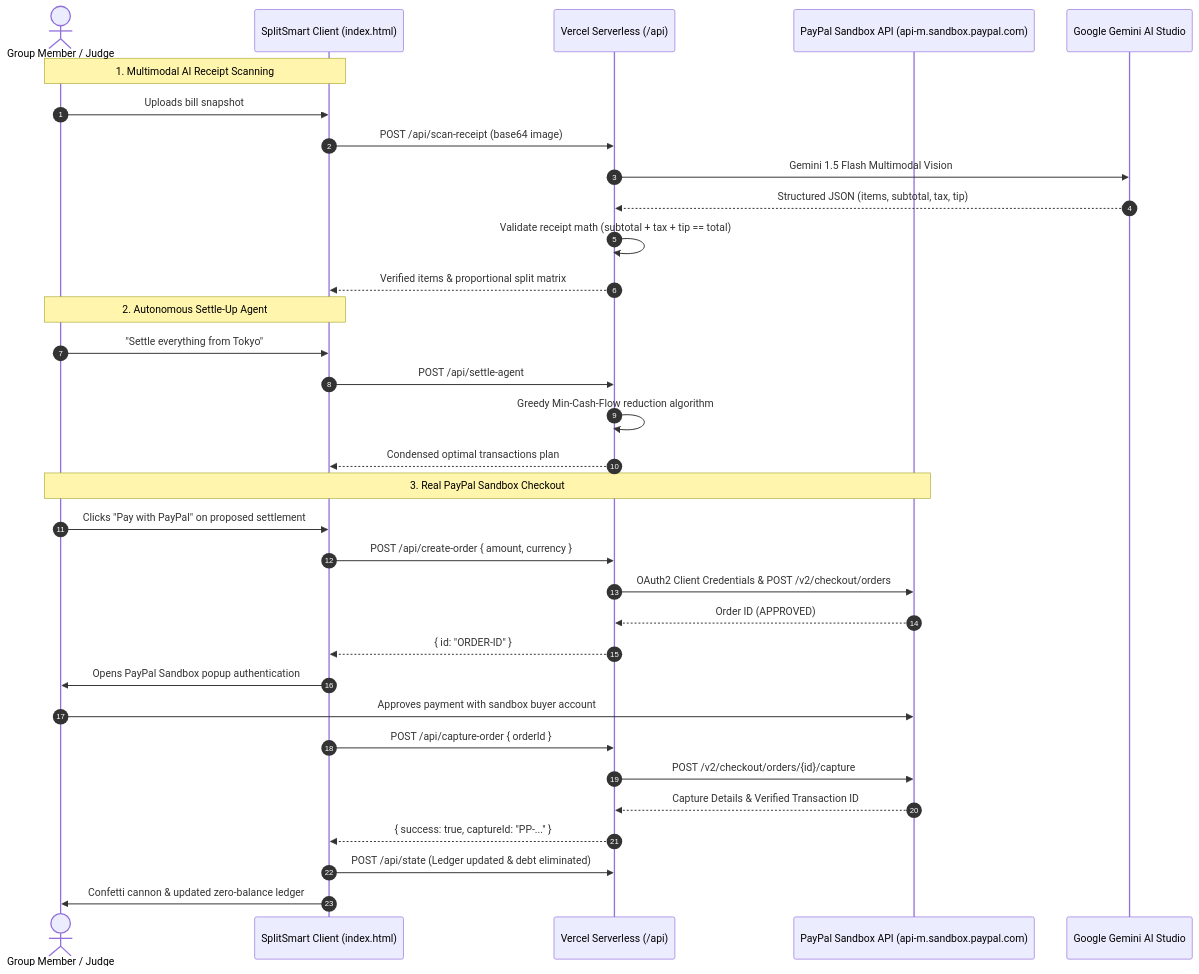
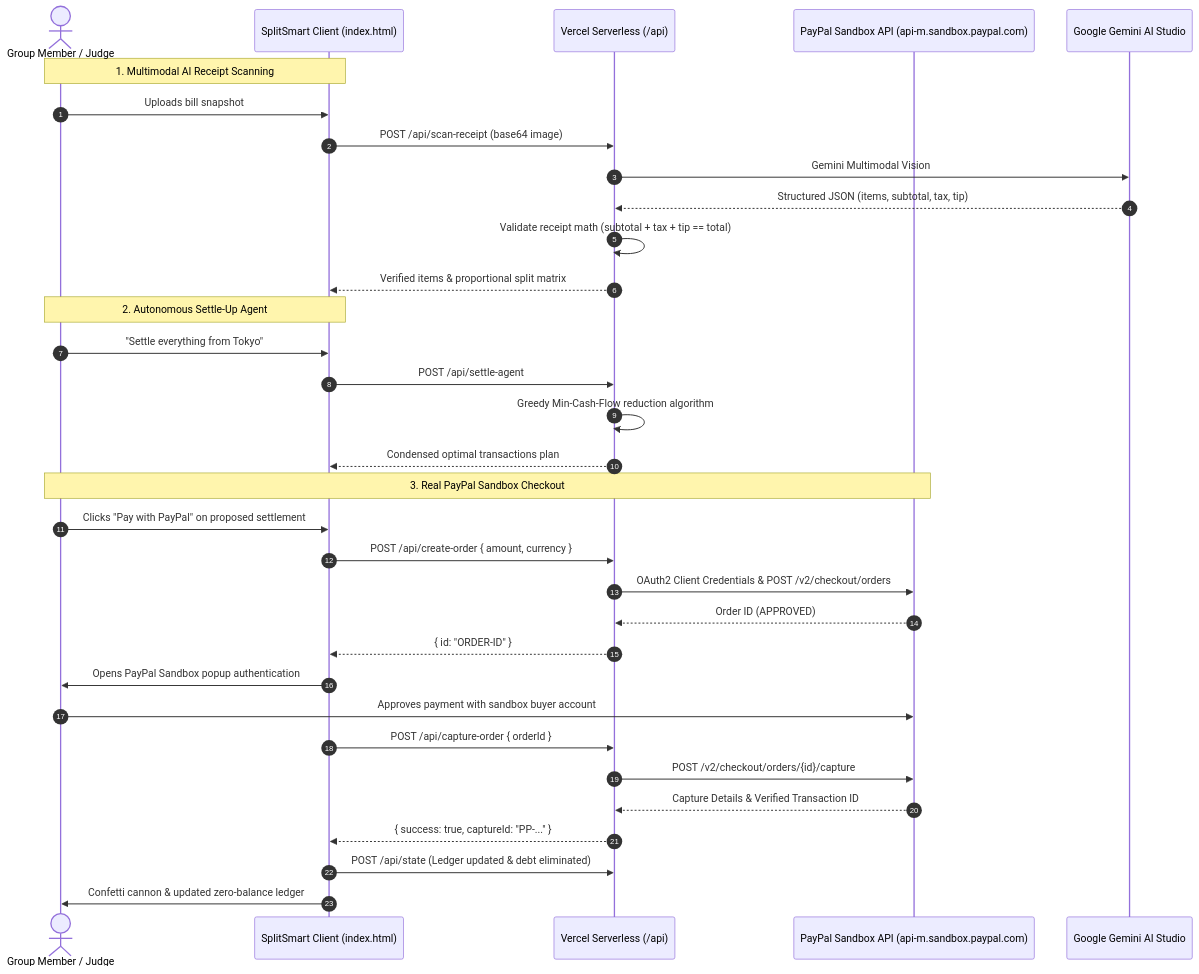
The diagram in README.md (pavitra-kakadiya-CG/splitsmart), drawn with Mermaid before and after one commit. The commit also changed other lines of this file and 5 other files, not shown here.

````diff
--- a/README.md
+++ b/README.md
@@ -27,38 +27,38 @@
 ```mermaid
 sequenceDiagram
     autonumber
     actor User as Group Member / Judge
     participant UI as SplitSmart Client (index.html)
     participant Server as Vercel Serverless (/api)
     participant PayPal as PayPal Sandbox API (api-m.sandbox.paypal.com)
     participant Gemini as Google Gemini AI Studio
 
     Note over User,UI: 1. Multimodal AI Receipt Scanning
     User->>UI: Uploads bill snapshot
     UI->>Server: POST /api/scan-receipt (base64 image)
-    Server->>Gemini: Gemini 1.5 Flash Multimodal Vision
+    Server->>Gemini: Gemini Multimodal Vision
     Gemini-->>Server: Structured JSON (items, subtotal, tax, tip)
     Server->>Server: Validate receipt math (subtotal + tax + tip == total)
     Server-->>UI: Verified items & proportional split matrix
 
     Note over User,UI: 2. Autonomous Settle-Up Agent
     User->>UI: "Settle everything from Tokyo"
     UI->>Server: POST /api/settle-agent
     Server->>Server: Greedy Min-Cash-Flow reduction algorithm
     Server-->>UI: Condensed optimal transactions plan
 
     Note over User,PayPal: 3. Real PayPal Sandbox Checkout
     User->>UI: Clicks "Pay with PayPal" on proposed settlement
     UI->>Server: POST /api/create-order { amount, currency }
     Server->>PayPal: OAuth2 Client Credentials & POST /v2/checkout/orders
     PayPal-->>Server: Order ID (APPROVED)
     Server-->>UI: { id: "ORDER-ID" }
     UI->>User: Opens PayPal Sandbox popup authentication
     User->>PayPal: Approves payment with sandbox buyer account
     UI->>Server: POST /api/capture-order { orderId }
     Server->>PayPal: POST /v2/checkout/orders/{id}/capture
     PayPal-->>Server: Capture Details & Verified Transaction ID
     Server-->>UI: { success: true, captureId: "PP-..." }
     UI->>Server: POST /api/state (Ledger updated & debt eliminated)
     UI->>User: Confetti cannon & updated zero-balance ledger
 ```
````
